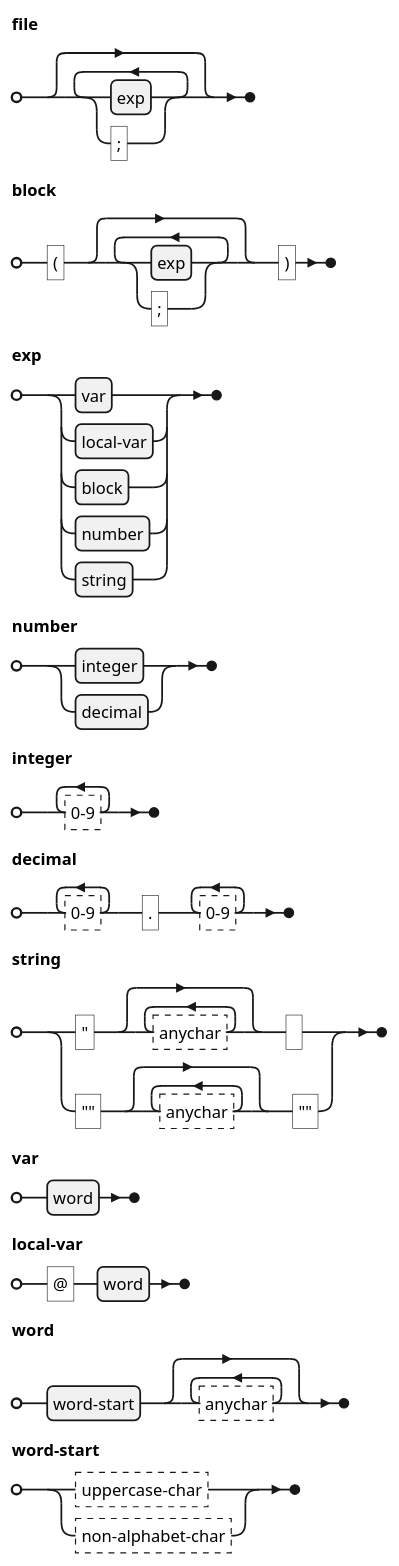
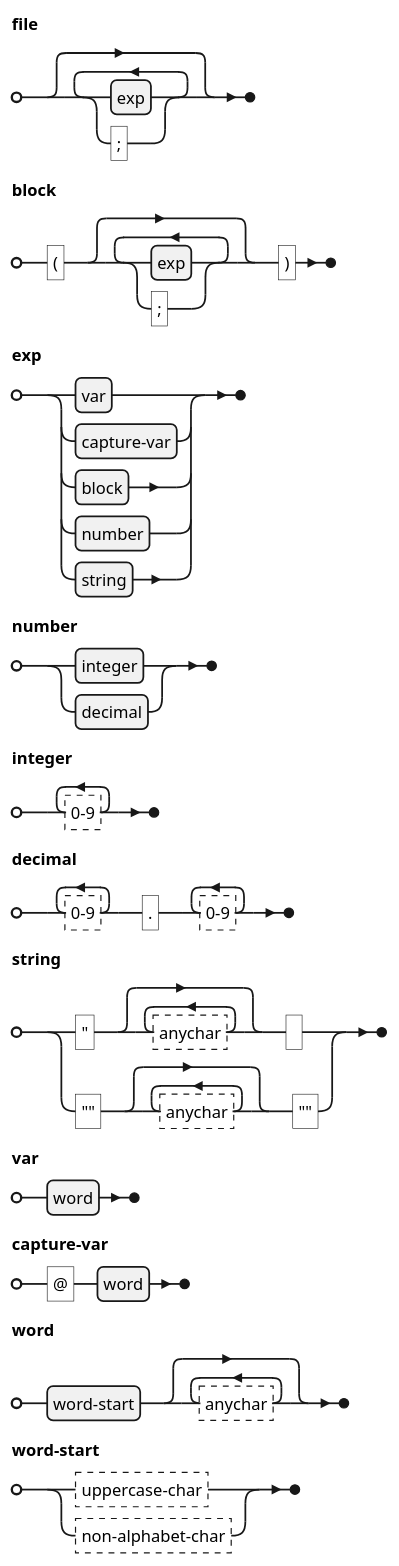
The diagram in grammar.puml (Redstoyn33/YappingLang), drawn with PlantUML before and after one commit.

```diff
--- a/grammar.puml
+++ b/grammar.puml
@@ -1,22 +1,22 @@
 @startebnf
 
 file = {exp | ";"};
 
 block = "(" , {exp | ";"} , ")";
 
-exp = var | local-var | block | number | string;
+exp = var | capture-var | block | number | string;
 
 number = integer | decimal;
 integer = {?0-9?}-;
 decimal = {?0-9?}- , "." , {?0-9?}-;
 
 string = '"' , {?anychar?}, " "  | '""' , {?anychar?} , '""';
 
 var = word;
-local-var = "@" , word;
+capture-var = "@" , word;
 
 word = word-start , {?anychar?};
 
 word-start = ?uppercase-char? | ?non-alphabet-char?;
 
 @endebnf
```
